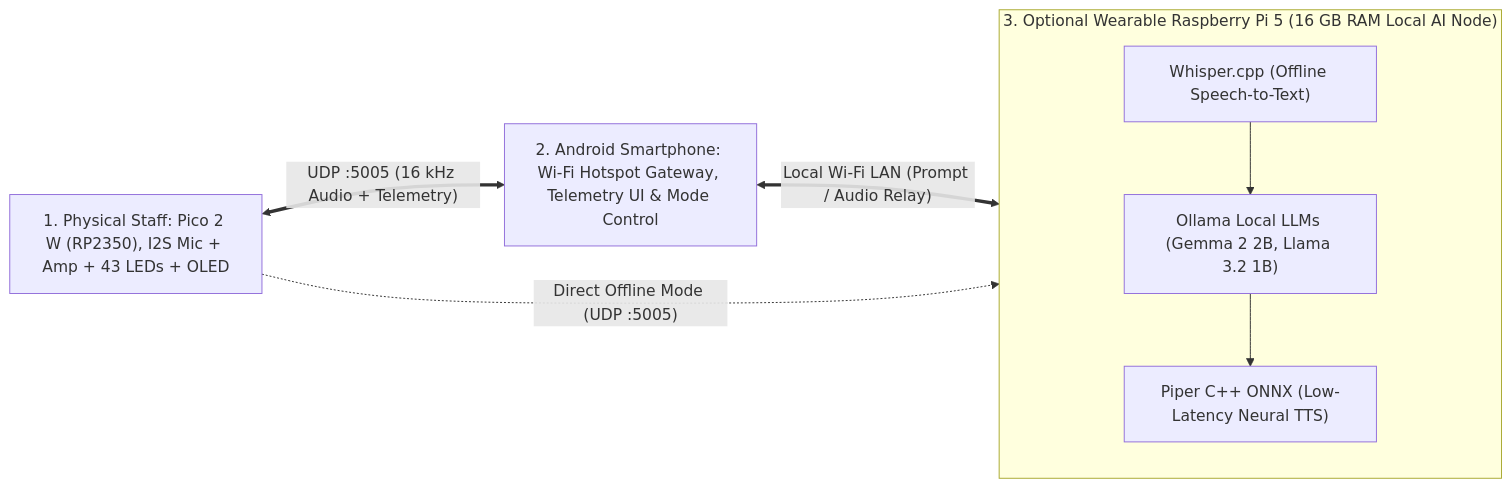
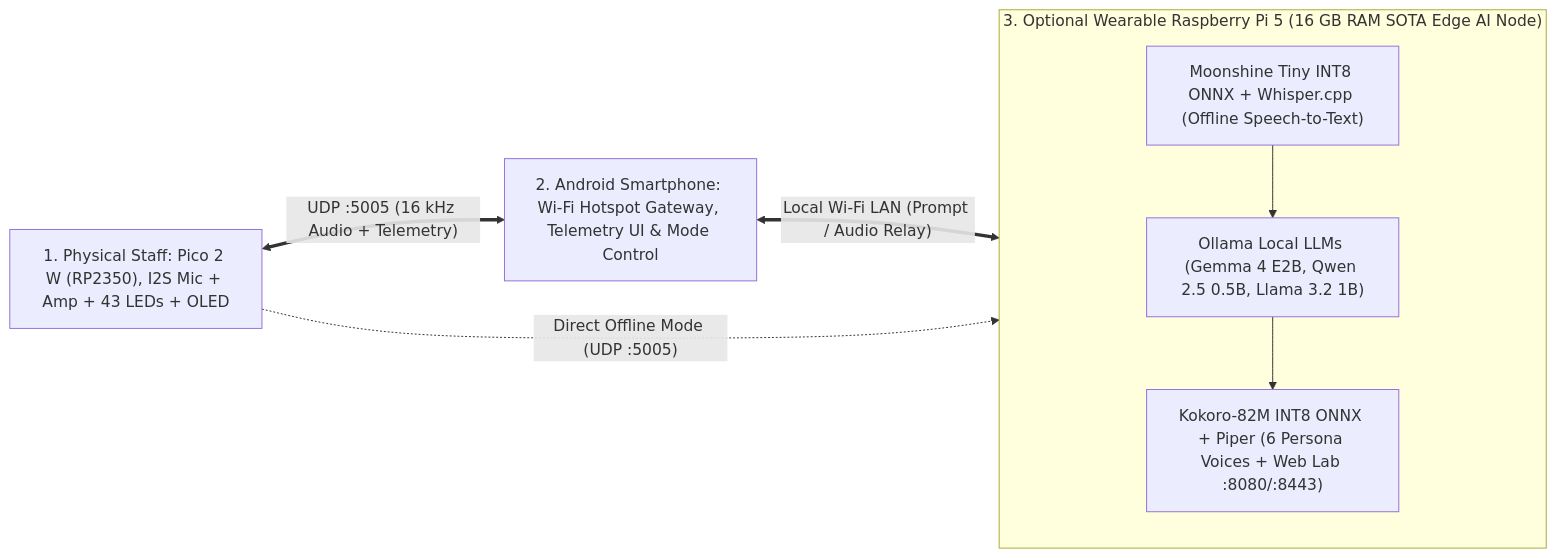
The second of 3 diagrams in README.md (DerAndr/celestial_engine_project), drawn with Mermaid before and after one commit. The commit also changed other lines of this file and 5 other files, not shown here.

Commit message:
feat(android,docs,tests): extract GemmaVariantRegistry, eliminate skipped map tests, and update README for Pi 5 SOTA stack

````diff
--- a/README.md
+++ b/README.md
@@ -73,15 +73,15 @@
 ```mermaid
 flowchart LR
     STAFF["1. Physical Staff: Pico 2 W (RP2350), I2S Mic + Amp + 43 LEDs + OLED"]
     PHONE["2. Android Smartphone: Wi-Fi Hotspot Gateway, Telemetry UI & Mode Control"]
-    subgraph PI5["3. Optional Wearable Raspberry Pi 5 (16 GB RAM Local AI Node)"]
-        WHISPER["Whisper.cpp (Offline Speech-to-Text)"]
-        OLLAMA["Ollama Local LLMs (Gemma 2 2B, Llama 3.2 1B)"]
-        PIPER["Piper C++ ONNX (Low-Latency Neural TTS)"]
+    subgraph PI5["3. Optional Wearable Raspberry Pi 5 (16 GB RAM SOTA Edge AI Node)"]
+        WHISPER["Moonshine Tiny INT8 ONNX + Whisper.cpp (Offline Speech-to-Text)"]
+        OLLAMA["Ollama Local LLMs (Gemma 4 E2B, Qwen 2.5 0.5B, Llama 3.2 1B)"]
+        PIPER["Kokoro-82M INT8 ONNX + Piper (6 Persona Voices + Web Lab :8080/:8443)"]
         WHISPER --> OLLAMA --> PIPER
     end
 
     STAFF <== "UDP :5005 (16 kHz Audio + Telemetry)" ==> PHONE
     PHONE <== "Local Wi-Fi LAN (Prompt / Audio Relay)" ==> PI5
     STAFF -. "Direct Offline Mode (UDP :5005)" .-> PI5
 ```
````
